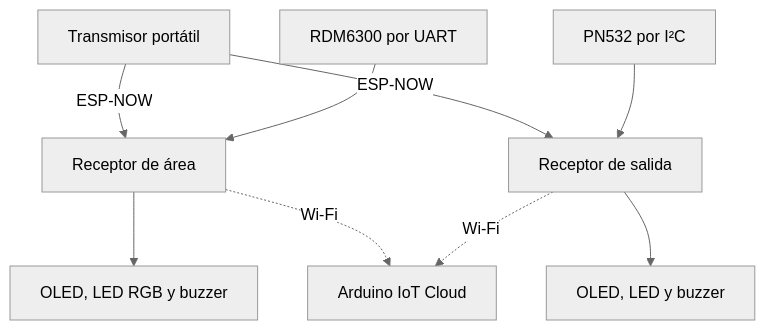
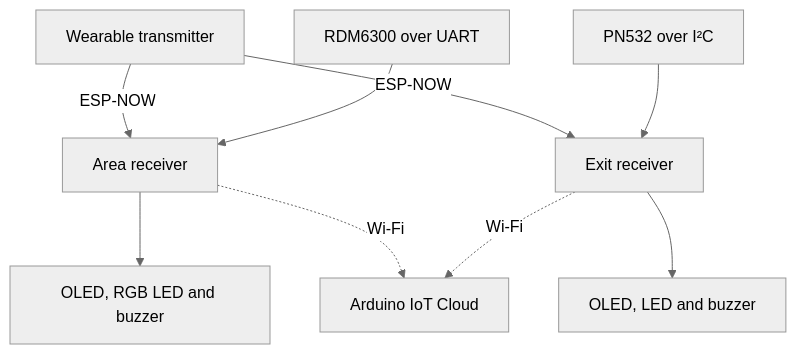
One commit to alx-sousa/Autonomous-IoT-Monitoring changed the diagram in docs/architecture.md. Above: the diagram before and after it, drawn with Mermaid (neutral theme). The commit also changed other lines of this file and 18 other files, not shown here.

````diff
--- a/docs/architecture.md
+++ b/docs/architecture.md
@@ -5,11 +5,11 @@
 ```mermaid
 flowchart TD
-    T["Transmisor portátil"] -->|ESP-NOW| A["Receptor de área"]
-    T -->|ESP-NOW| S["Receptor de salida"]
-    R["RDM6300 por UART"] --> A
-    P["PN532 por I²C"] --> S
-    A --> O["OLED, LED RGB y buzzer"]
-    S --> E["OLED, LED y buzzer"]
+    T["Wearable transmitter"] -->|ESP-NOW| A["Area receiver"]
+    T -->|ESP-NOW| S["Exit receiver"]
+    R["RDM6300 over UART"] --> A
+    P["PN532 over I²C"] --> S
+    A --> O["OLED, RGB LED and buzzer"]
+    S --> E["OLED, LED and buzzer"]
     A -. Wi-Fi .-> C["Arduino IoT Cloud"]
     S -. Wi-Fi .-> C
 ```
````
